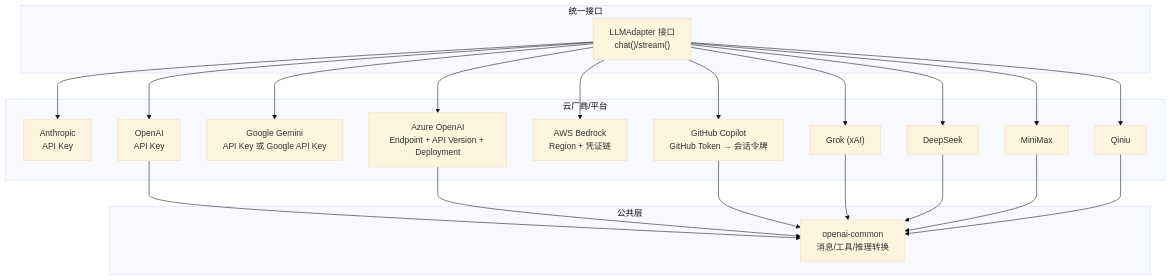
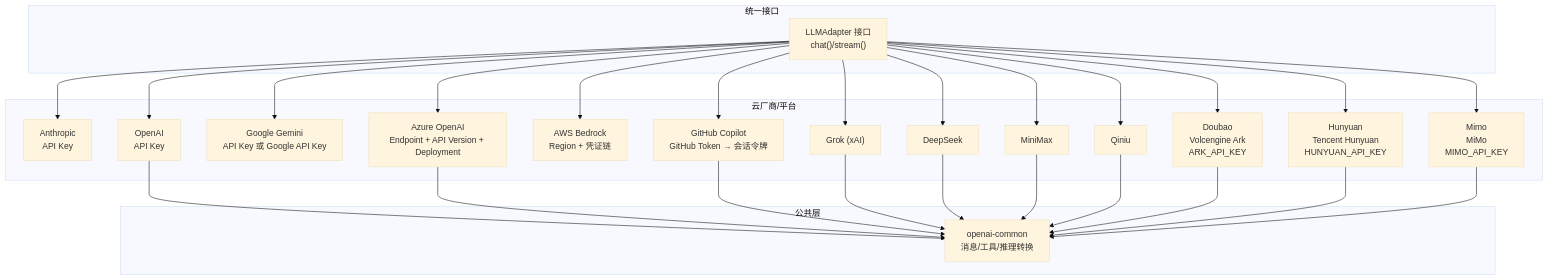
Before and after one commit to haolange/open-multi-agent: the second of 3 diagrams in .qoder/repowiki/zh/content/LLM 适配器/内置提供商/内置提供商.md, drawn with Mermaid (base theme). The commit also changed other lines of this file and 5 other files, not shown here.

````diff
--- a/.qoder/repowiki/zh/content/LLM 适配器/内置提供商/内置提供商.md
+++ b/.qoder/repowiki/zh/content/LLM 适配器/内置提供商/内置提供商.md
@@ -87,38 +113,47 @@
 ```mermaid
 graph TB
 subgraph "统一接口"
 IF["LLMAdapter 接口<br/>chat()/stream()"]
 end
 subgraph "云厂商/平台"
 A["Anthropic<br/>API Key"]
 O["OpenAI<br/>API Key"]
 G["Google Gemini<br/>API Key 或 Google API Key"]
 AZ["Azure OpenAI<br/>Endpoint + API Version + Deployment"]
 BD["AWS Bedrock<br/>Region + 凭证链"]
 CP["GitHub Copilot<br/>GitHub Token → 会话令牌"]
 GK["Grok (xAI)"]
 DS["DeepSeek"]
 MM["MiniMax"]
 QN["Qiniu"]
+DB["Doubao<br/>Volcengine Ark<br/>ARK_API_KEY"]
+HY["Hunyuan<br/>Tencent Hunyuan<br/>HUNYUAN_API_KEY"]
+MO["Mimo<br/>MiMo<br/>MIMO_API_KEY"]
 end
 subgraph "公共层"
 OC["openai-common<br/>消息/工具/推理转换"]
 end
 IF --> A
 IF --> O
 IF --> G
 IF --> AZ
 IF --> BD
 IF --> CP
 IF --> GK
 IF --> DS
 IF --> MM
 IF --> QN
+IF --> DB
+IF --> HY
+IF --> MO
 O --> OC
 AZ --> OC
 CP --> OC
 GK --> OC
 DS --> OC
 MM --> OC
 QN --> OC
+DB --> OC
+HY --> OC
+MO --> OC
 ```
````
